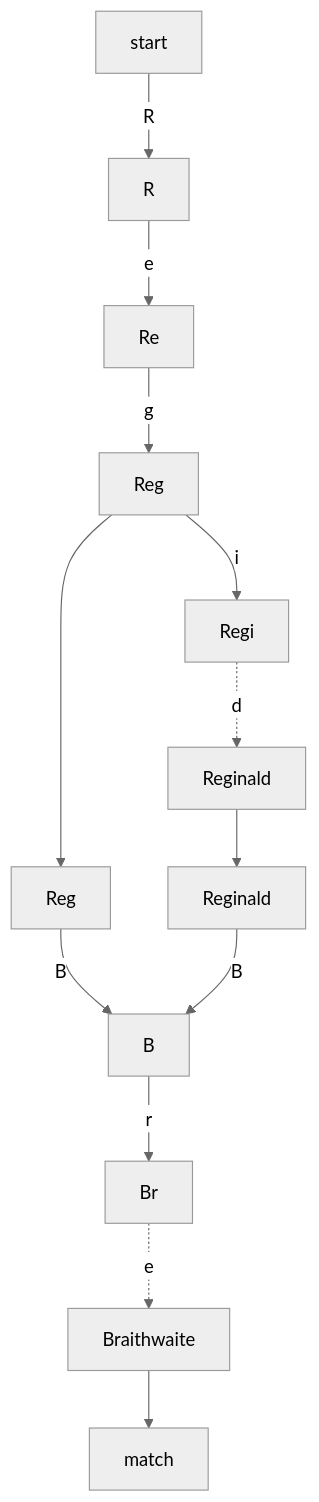
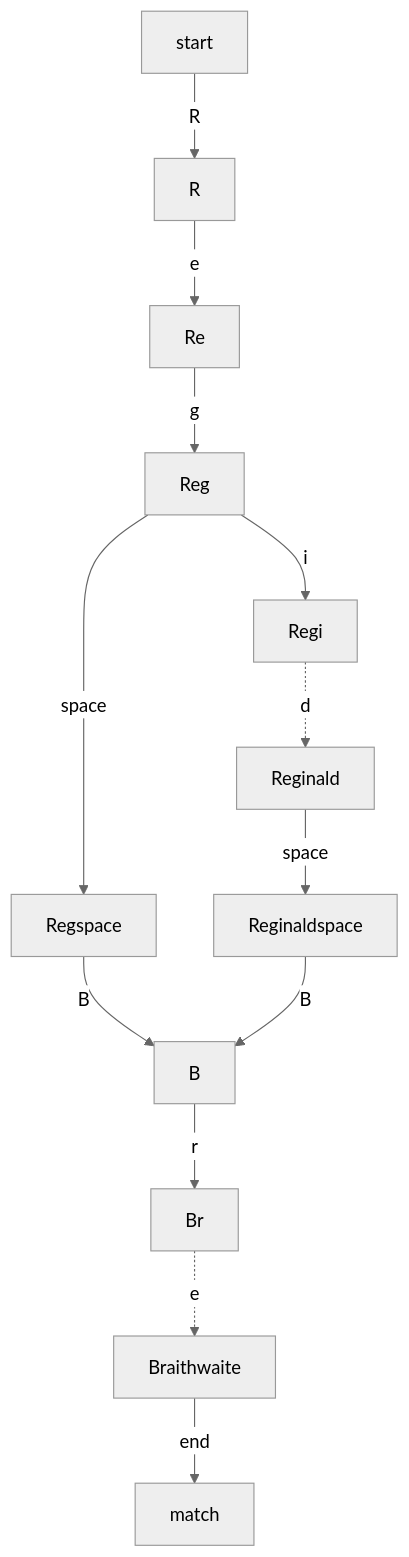
One commit to raganwald/raganwald.github.com changed the diagram in _posts/2019-02-09-recursive-regular-expressions-nondeterminism.md. Above: the diagram before and after it, drawn with Mermaid (neutral theme).

Commit message:
no entities

```diff
--- a/_posts/2019-02-09-recursive-regular-expressions-nondeterminism.md
+++ b/_posts/2019-02-09-recursive-regular-expressions-nondeterminism.md
@@ -31,16 +31,16 @@
 <div class="mermaid">
   graph TD
     start-->|R|R
     R-->|e|Re
     Re-->|g|Reg
     Reg-->|i|Regi
-    Reg-->|"&lt;space&gt;"|RegSpace["Reg&lt;space&gt;"]
+    Reg-->|"space"|RegSpace["Regspace"]
     RegSpace-->|B|B
     Regi-.->|d|Reginald
-    Reginald-->|"&lt;space&gt;"|ReginaldSpace["Reginald&lt;space&gt;"]
+    Reginald-->|"space"|ReginaldSpace["Reginaldspace"]
     ReginaldSpace-->|B|B
 
     B-->|r|Br
     Br-.->|e|Braithwaite
-    Braithwaite-->|"&lt;end&gt;"|match;
+    Braithwaite-->|"end"|match;
 </div>
```
